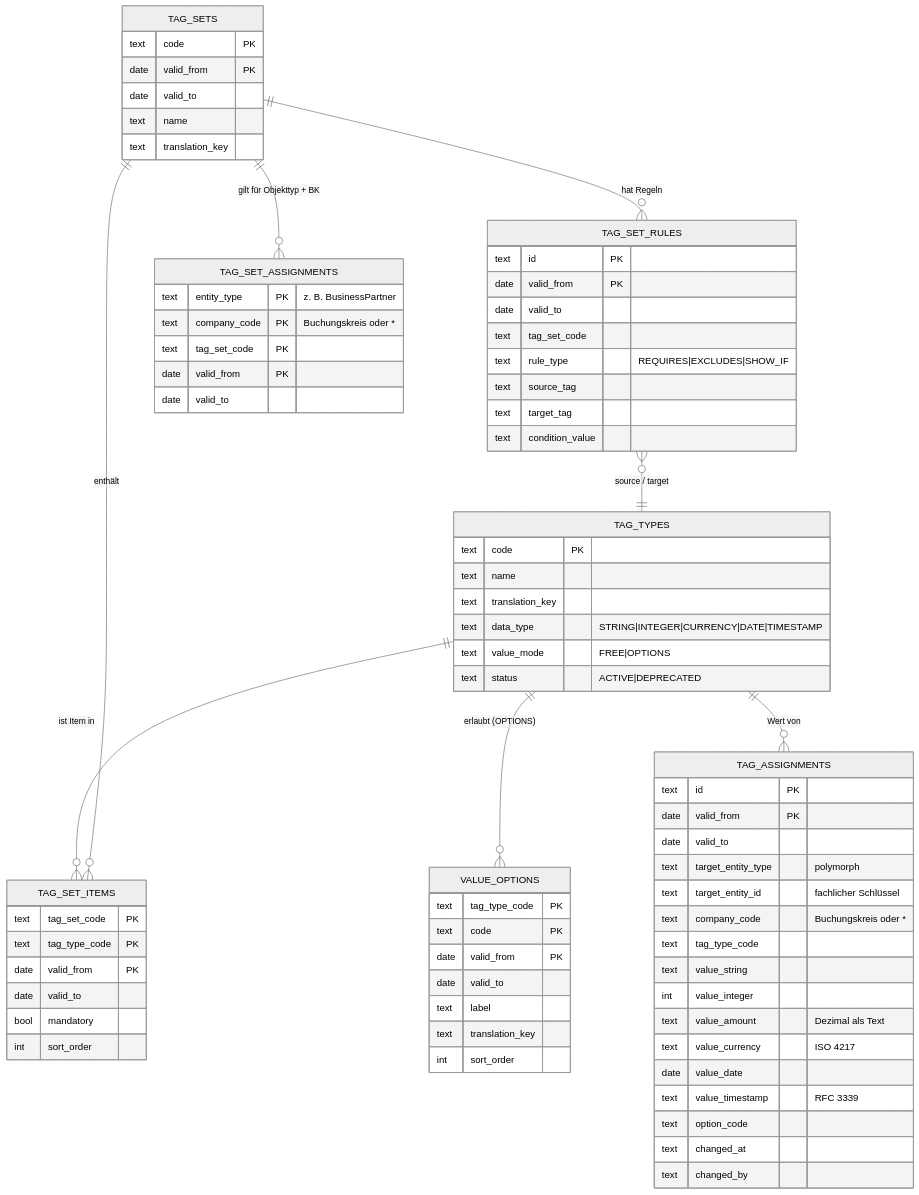
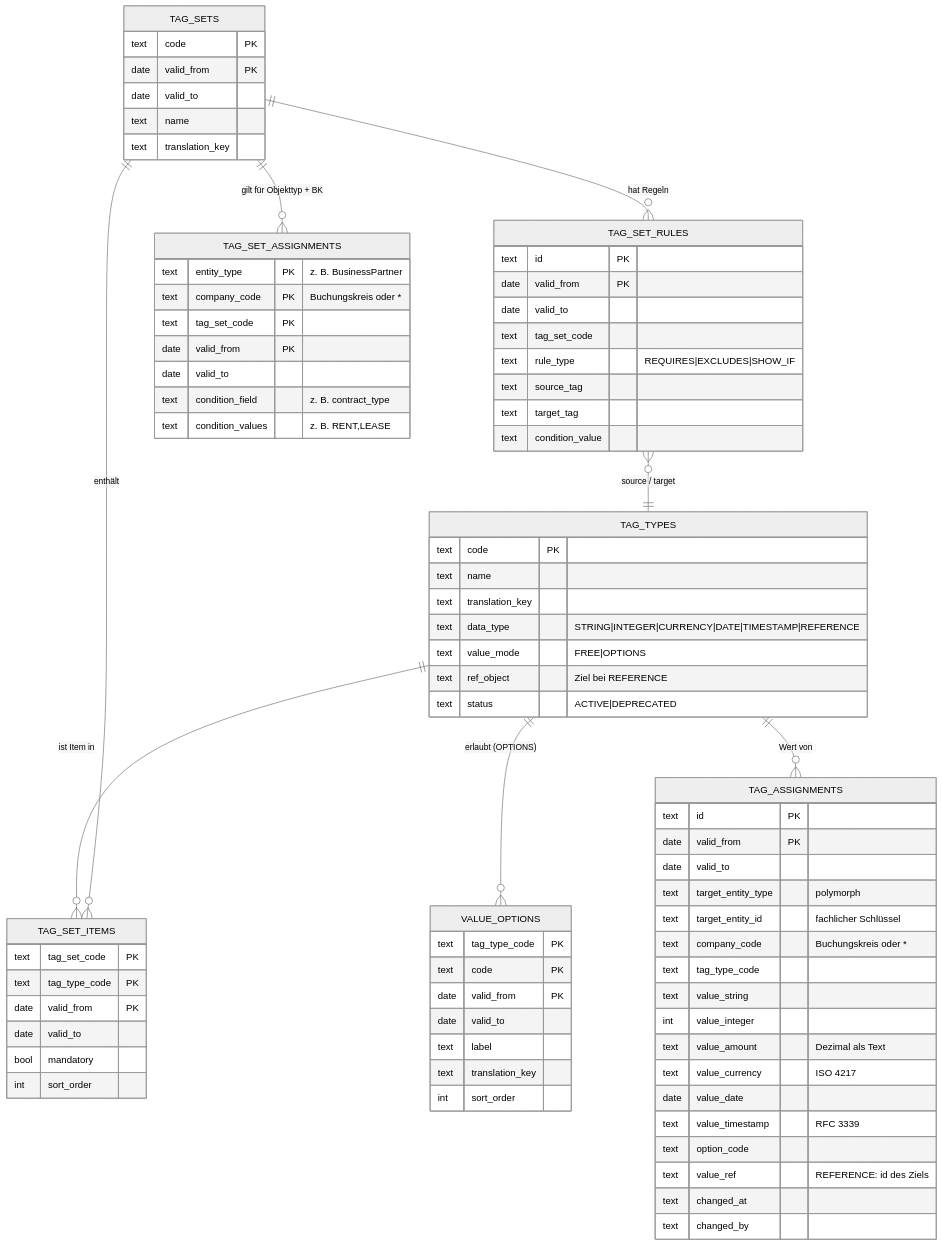
One commit to coremesh-labs/coremesh changed the diagram in cmd/plugins/tag/README.md. Above: the diagram before and after it, drawn with Mermaid (neutral theme). The commit also changed other lines of this file and 36 other files, not shown here.

````diff
--- a/cmd/plugins/tag/README.md
+++ b/cmd/plugins/tag/README.md
@@ -36,78 +36,82 @@
 ```mermaid
 erDiagram
     TAG_TYPES ||--o{ VALUE_OPTIONS : "erlaubt (OPTIONS)"
     TAG_TYPES ||--o{ TAG_SET_ITEMS : "ist Item in"
     TAG_SETS  ||--o{ TAG_SET_ITEMS : "enthält"
     TAG_SETS  ||--o{ TAG_SET_RULES : "hat Regeln"
     TAG_SETS  ||--o{ TAG_SET_ASSIGNMENTS : "gilt für Objekttyp + BK"
     TAG_TYPES ||--o{ TAG_ASSIGNMENTS : "Wert von"
     TAG_SET_RULES }o--|| TAG_TYPES : "source / target"
 
     TAG_TYPES {
         text code PK
         text name
         text translation_key
-        text data_type "STRING|INTEGER|CURRENCY|DATE|TIMESTAMP"
+        text data_type "STRING|INTEGER|CURRENCY|DATE|TIMESTAMP|REFERENCE"
         text value_mode "FREE|OPTIONS"
+        text ref_object "Ziel bei REFERENCE"
         text status "ACTIVE|DEPRECATED"
     }
     VALUE_OPTIONS {
         text tag_type_code PK
         text code PK
         date valid_from PK
         date valid_to
         text label
         text translation_key
         int sort_order
     }
     TAG_SETS {
         text code PK
         date valid_from PK
         date valid_to
         text name
         text translation_key
     }
     TAG_SET_ITEMS {
         text tag_set_code PK
         text tag_type_code PK
         date valid_from PK
         date valid_to
         bool mandatory
         int sort_order
     }
     TAG_SET_RULES {
         text id PK
         date valid_from PK
         date valid_to
         text tag_set_code
         text rule_type "REQUIRES|EXCLUDES|SHOW_IF"
         text source_tag
         text target_tag
         text condition_value
     }
     TAG_SET_ASSIGNMENTS {
         text entity_type PK "z. B. BusinessPartner"
         text company_code PK "Buchungskreis oder *"
         text tag_set_code PK
         date valid_from PK
         date valid_to
+        text condition_field "z. B. contract_type"
+        text condition_values "z. B. RENT,LEASE"
     }
     TAG_ASSIGNMENTS {
         text id PK
         date valid_from PK
         date valid_to
         text target_entity_type "polymorph"
         text target_entity_id "fachlicher Schlüssel"
         text company_code "Buchungskreis oder *"
         text tag_type_code
         text value_string
         int value_integer
         text value_amount "Dezimal als Text"
         text value_currency "ISO 4217"
         date value_date
         text value_timestamp "RFC 3339"
         text option_code
+        text value_ref "REFERENCE: id des Ziels"
         text changed_at
         text changed_by
     }
 ```
````
